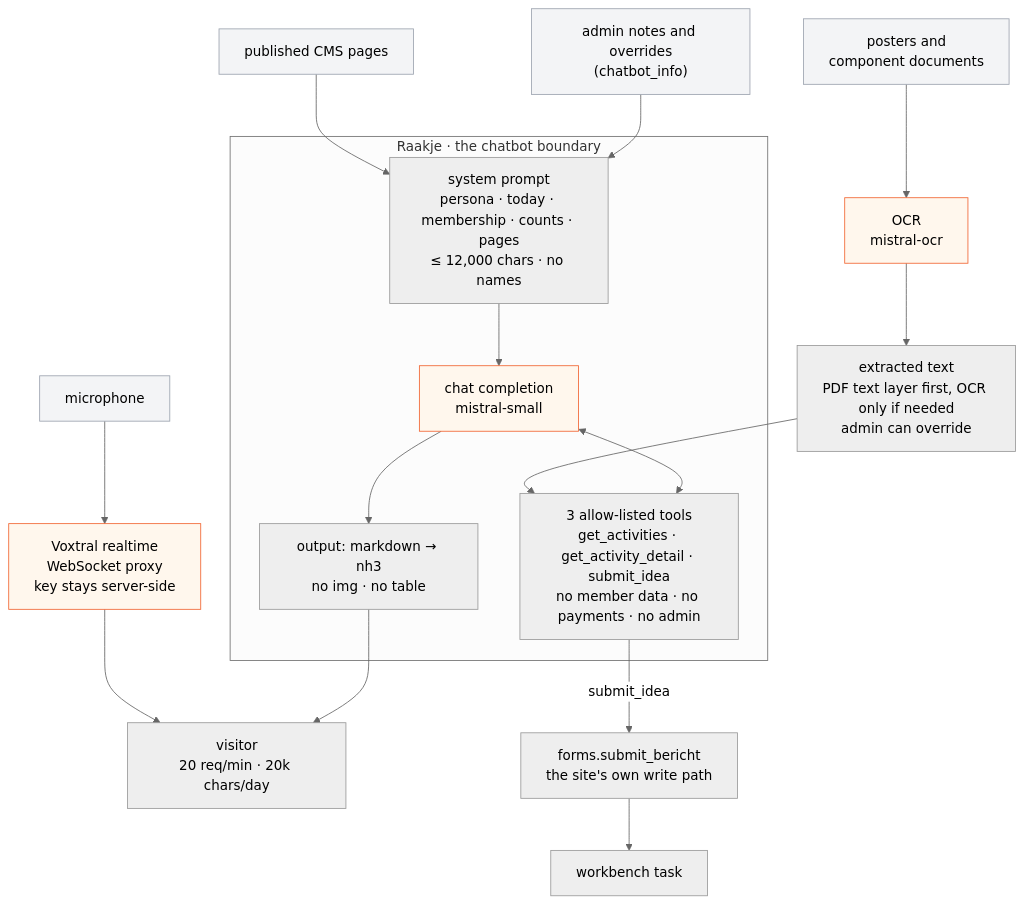
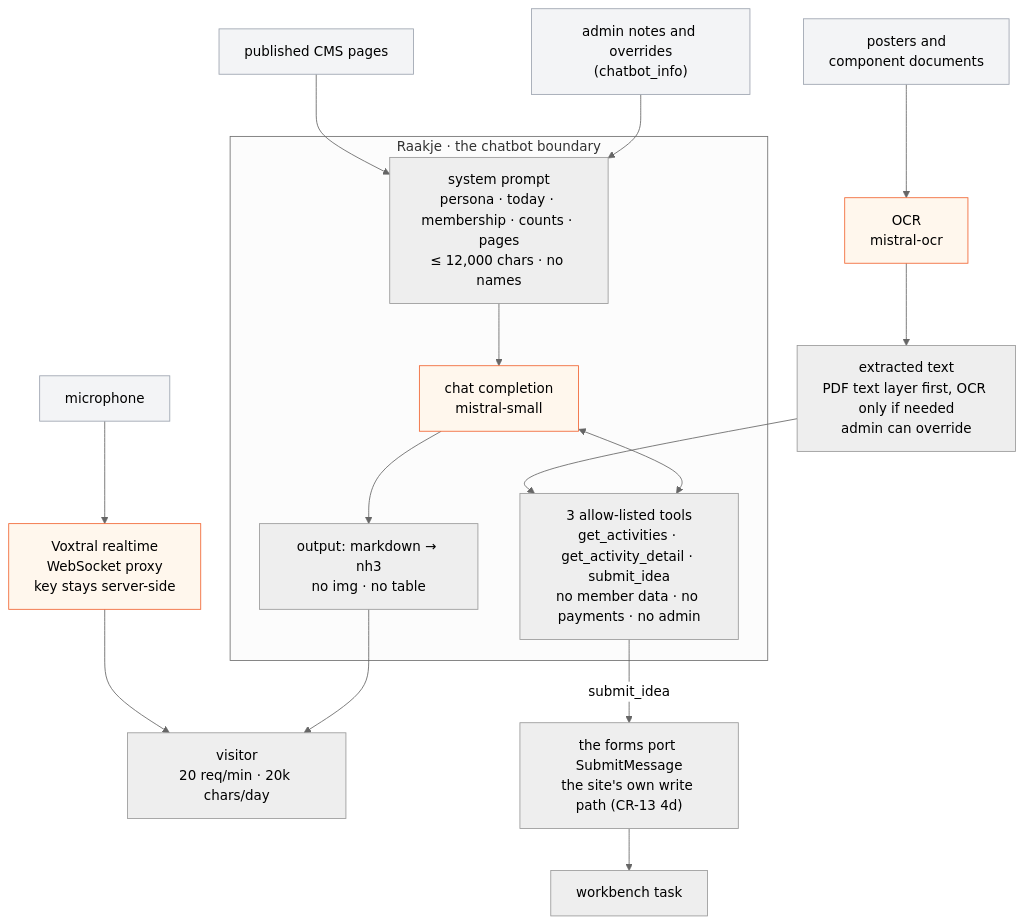
Before and after one commit to KoenRenders/KoenTest: diagram 13 of 14 in docs/architecture.md, drawn with Mermaid (neutral theme). The commit also changed other lines of this file and 6 other files, not shown here.

````diff
--- a/docs/architecture.md
+++ b/docs/architecture.md
@@ -638,29 +641,29 @@
 ```mermaid
 flowchart TB
   CMS["published CMS pages"]:::i
   NOTES["admin notes and overrides<br/>(chatbot_info)"]:::i
   DOCS["posters and<br/>component documents"]:::i
   MIC["microphone"]:::i
   OCR["OCR<br/>mistral-ocr"]:::m
   STT["Voxtral realtime<br/>WebSocket proxy<br/>key stays server-side"]:::m
   EXT["extracted text<br/>PDF text layer first, OCR only if needed<br/>admin can override"]
   subgraph RAAKJE["Raakje · the chatbot boundary"]
     CTX["system prompt<br/>persona · today · membership · counts · pages<br/>≤ 12,000 chars · no names"]
     LLM["chat completion<br/>mistral-small"]:::m
     TOOLS["3 allow-listed tools<br/>get_activities · get_activity_detail · submit_idea<br/>no member data · no payments · no admin"]
     SAN["output: markdown → nh3<br/>no img · no table"]
   end
   USER["visitor<br/>20 req/min · 20k chars/day"]
-  FORM["forms.submit_bericht<br/>the site's own write path"]
+  FORM["the forms port SubmitMessage<br/>the site's own write path (CR-13 4d)"]
   WB["workbench task"]
   CMS --> CTX
   NOTES --> CTX
   DOCS --> OCR --> EXT --> TOOLS
   MIC --> STT --> USER
   CTX --> LLM
   LLM <--> TOOLS
   LLM --> SAN --> USER
   TOOLS -->|submit_idea| FORM --> WB
   classDef m fill:#fff7ed,stroke:#f16532;
   classDef i fill:#f3f4f6,stroke:#9ca3af;
 ```
````
